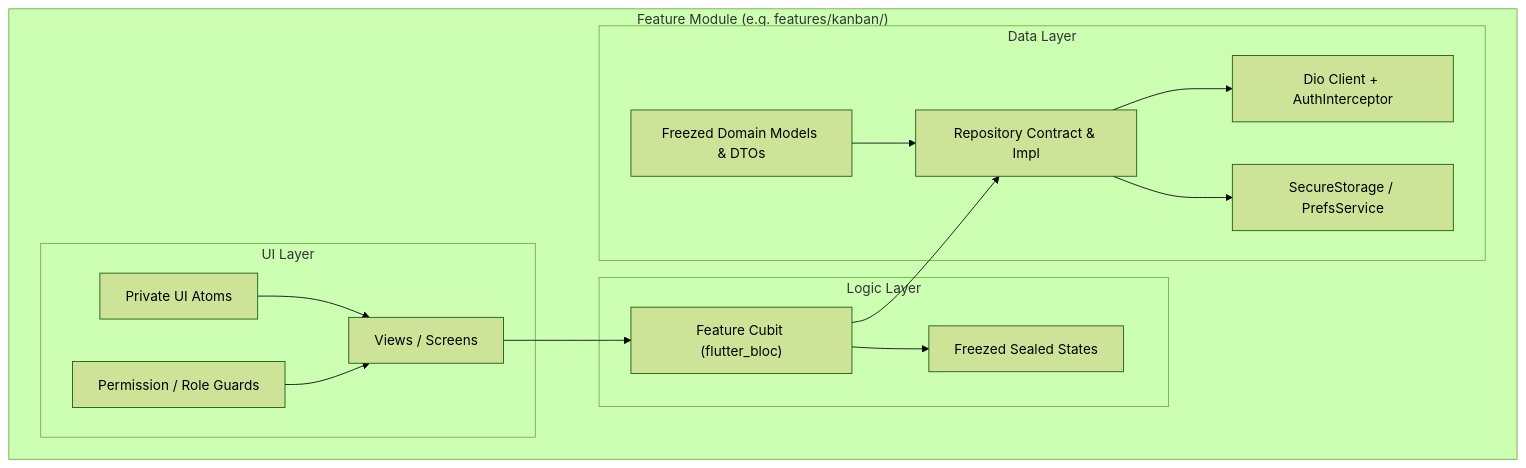
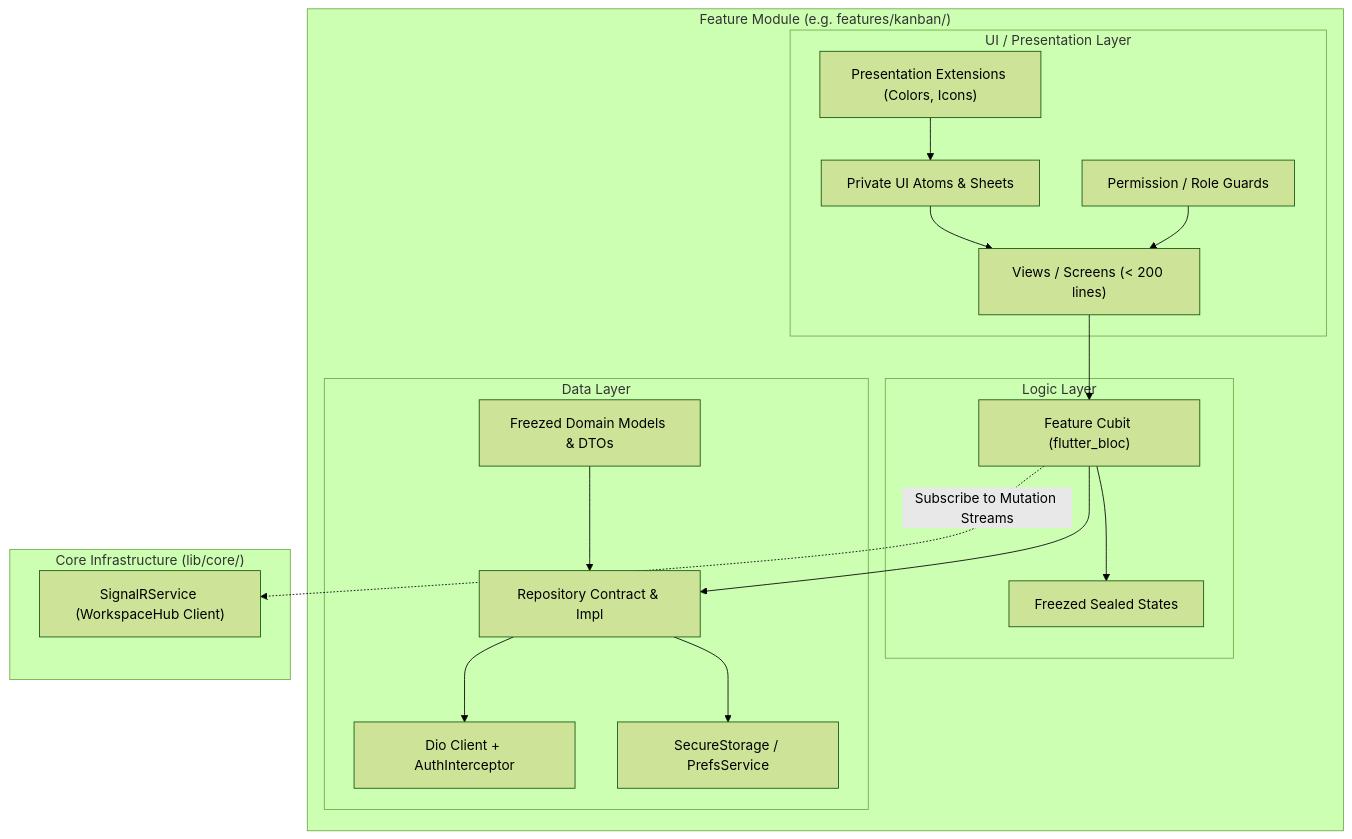
One commit to Clark605/ProjectHub changed the second of 2 diagrams in README.md. Above: the diagram before and after it, drawn with Mermaid (forest theme). The commit also changed other lines of this file and 8 other files, not shown here.

````diff
--- a/README.md
+++ b/README.md
@@ -140,31 +167,38 @@
 ```mermaid
 graph TD
     subgraph FeatureModule ["Feature Module (e.g. features/kanban/)"]
-        subgraph UILayer ["UI Layer"]
-            Screen["Views / Screens"]
-            Widgets["Private UI Atoms"]
+        subgraph UILayer ["UI / Presentation Layer"]
+            Screen["Views / Screens (< 200 lines)"]
+            Widgets["Private UI Atoms & Sheets"]
+            UIExtensions["Presentation Extensions (Colors, Icons)"]
             Guards["Permission / Role Guards"]
         end
 
         subgraph LogicLayer ["Logic Layer"]
             Cubit["Feature Cubit (flutter_bloc)"]
             State["Freezed Sealed States"]
         end
 
         subgraph DataLayer ["Data Layer"]
             Repository["Repository Contract & Impl"]
             RemoteDataSource["Dio Client + AuthInterceptor"]
             LocalDataSource["SecureStorage / PrefsService"]
             Models["Freezed Domain Models & DTOs"]
         end
     end
 
+    subgraph RealTimeInfrastructure ["Core Infrastructure (lib/core/)"]
+        SignalRService["SignalRService (WorkspaceHub Client)"]
+    end
+
     Screen --> Cubit
     Widgets --> Screen
+    UIExtensions --> Widgets
     Guards --> Screen
     Cubit --> State
     Cubit --> Repository
+    Cubit -.->|Subscribe to Mutation Streams| SignalRService
     Repository --> RemoteDataSource
     Repository --> LocalDataSource
     Models --> Repository
 ```
````
